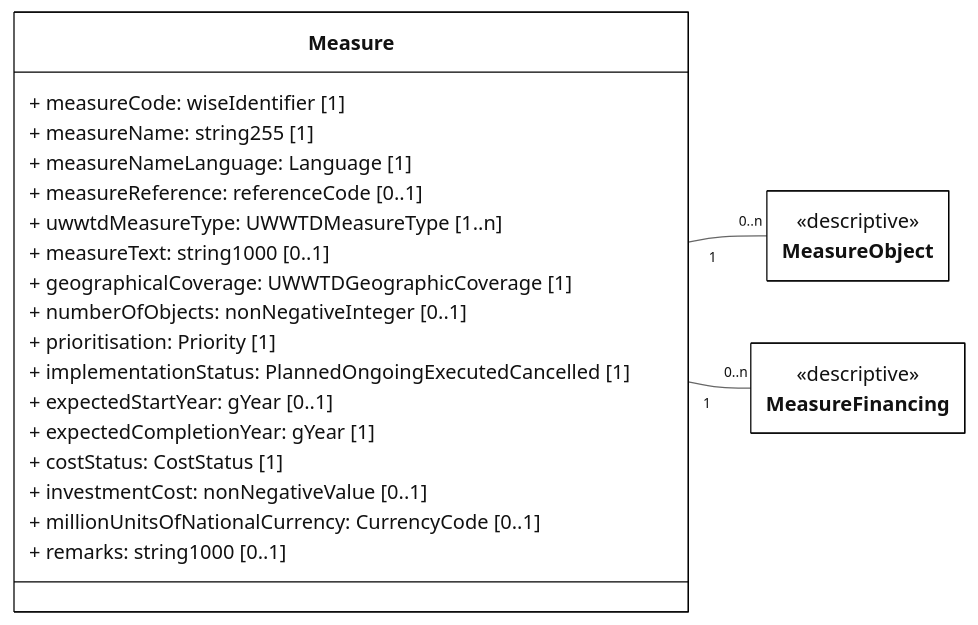
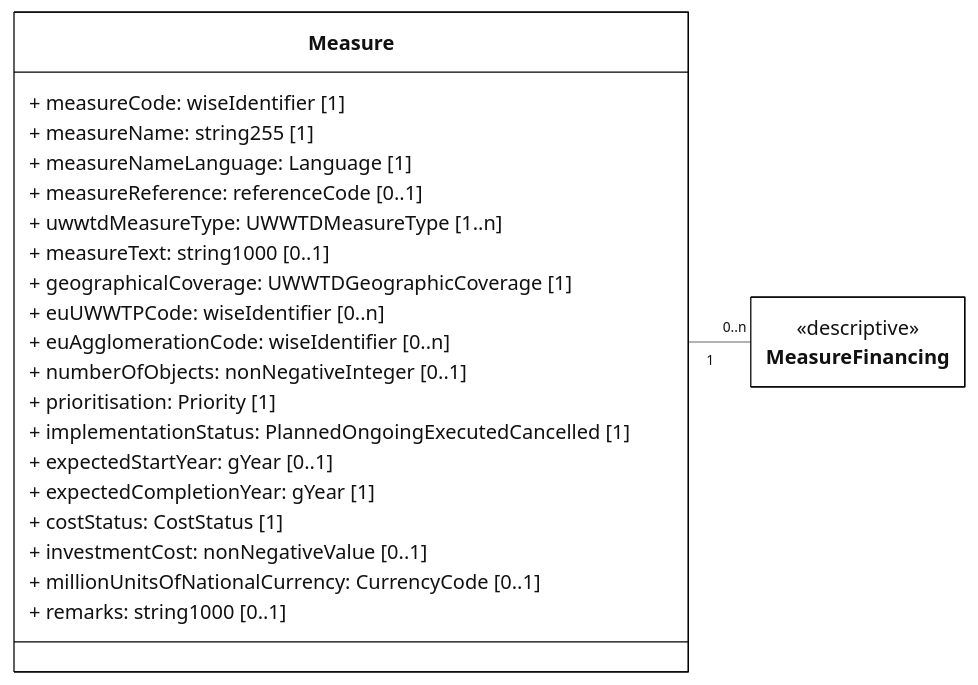
One commit to eeadata/WISE.UWWTD.Documentation changed the diagram in docs/rUWWTD2024/Article23/mmd/Article23_Measure_ClassDiagram.mmd. Above: the diagram before and after it, drawn with Mermaid. The commit also changed 16 other files, not shown here.

```diff
--- a/docs/rUWWTD2024/Article23/mmd/Article23_Measure_ClassDiagram.mmd
+++ b/docs/rUWWTD2024/Article23/mmd/Article23_Measure_ClassDiagram.mmd
@@ -1,38 +1,38 @@
 ---
 config:
   class:
     hideEmptyMembersBox: true
   layout: dagre
   theme: neutral
 ---
 classDiagram
 direction LR
 
 class Measure{
     + measureCode: wiseIdentifier [1]
     + measureName: string255 [1]
     + measureNameLanguage: Language [1]
     + measureReference: referenceCode [0..1]
     + uwwtdMeasureType: UWWTDMeasureType [1..n]
     + measureText: string1000 [0..1]
     + geographicalCoverage: UWWTDGeographicCoverage [1]
+    + euUWWTPCode: wiseIdentifier [0..n]
+    + euAgglomerationCode: wiseIdentifier [0..n]
     + numberOfObjects: nonNegativeInteger [0..1]
     + prioritisation: Priority [1]
 
     + implementationStatus: PlannedOngoingExecutedCancelled [1]
     + expectedStartYear: gYear [0..1]
     + expectedCompletionYear: gYear [1]
 
     + costStatus: CostStatus [1]
     + investmentCost: nonNegativeValue [0..1]
     + millionUnitsOfNationalCurrency: CurrencyCode [0..1]
     + remarks: string1000 [0..1]
 }
-class MeasureObject{<<descriptive>>}
 class MeasureFinancing{<<descriptive>>}
 
-Measure "1" -- "0..n" MeasureObject
 Measure "1" -- "0..n" MeasureFinancing
 
 classDef default fill:white,stroke:#000;
 classDef forFixing fill:white,stroke:#f00;
```
